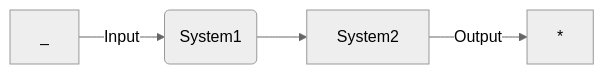
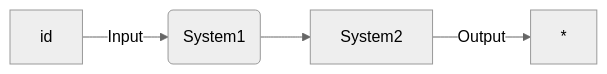
One commit to setrar/dsp changed the third of 4 diagrams in signal-processing/kutz/5/README.md. Above: the diagram before and after it, drawn with Mermaid (neutral theme).

````diff
--- a/signal-processing/kutz/5/README.md
+++ b/signal-processing/kutz/5/README.md
@@ -56,7 +56,7 @@
 ```mermaid
 flowchart LR
 
-_ -->|Input| B(System1)
+id -->|Input| B(System1)
 B --> C[System2]
 C -->|Output| *
 ```
````
